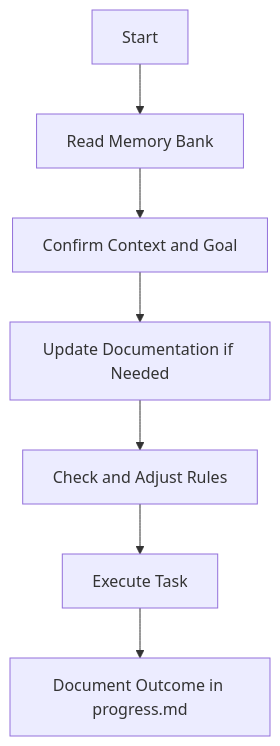
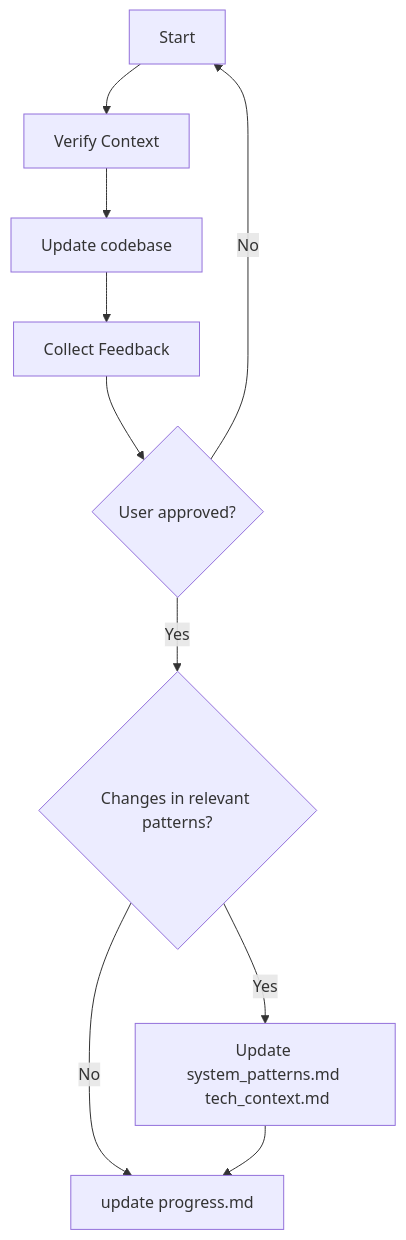
One commit to lucaszprado/ai-engineering changed the fifth of 7 diagrams in user_rules.md. Above: the diagram before and after it, drawn with Mermaid. The commit also changed other lines of this file, not shown here.

````diff
--- a/user_rules.md
+++ b/user_rules.md
@@ -116,9 +127,12 @@
 ```mermaid
 flowchart TD
-    Start[Start] --> Context[Read Memory Bank]
-    Context --> ConfirmScope[Confirm Context and Goal]
-    ConfirmScope --> Update[Update Documentation if Needed]
-    Update --> Rules[Check and Adjust Rules]
-    Rules --> Execute[Execute Task]
-    Execute --> Document[Document Outcome in progress.md]
+    A[Start] --> B[Verify Context]
+    B --> C[Update codebase]
+    C --> D[Collect Feedback]
+    D --> F{User approved?}
+    F -- No --> A
+    F -- Yes --> G{Changes in relevant patterns?}
+    G -- No --> H[update progress.md]
+    G -- Yes --> I[Update system_patterns.md <br/> tech_context.md]
+    I --> H
 ```
````
